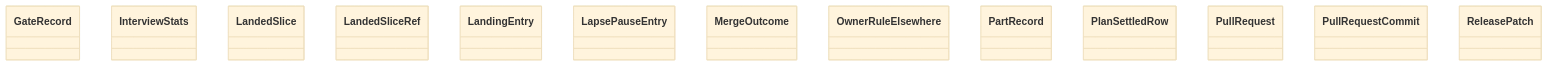
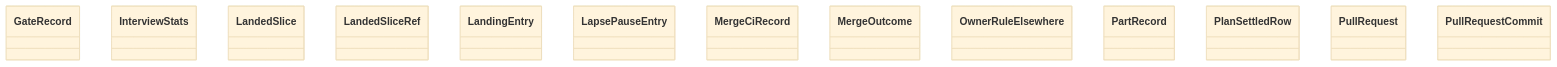
Before and after one commit to GonzaloZevallos/agentic-system: the diagram in docs/architecture/generated/classes-process-domain-state-4.md, drawn with Mermaid (base theme). The commit also changed 6 other files, not shown here.

````diff
--- a/docs/architecture/generated/classes-process-domain-state-4.md
+++ b/docs/architecture/generated/classes-process-domain-state-4.md
@@ -21,16 +21,16 @@
 ```mermaid
 classDiagram
     class task__GateRecord["GateRecord"]
     class task__InterviewStats["InterviewStats"]
     class task__LandedSlice["LandedSlice"]
     class task__LandedSliceRef["LandedSliceRef"]
     class task__LandingEntry["LandingEntry"]
     class task__LapsePauseEntry["LapsePauseEntry"]
+    class task__MergeCiRecord["MergeCiRecord"]
     class task__MergeOutcome["MergeOutcome"]
     class task__OwnerRuleElsewhere["OwnerRuleElsewhere"]
     class task__PartRecord["PartRecord"]
     class task__PlanSettledRow["PlanSettledRow"]
     class task__PullRequest["PullRequest"]
     class task__PullRequestCommit["PullRequestCommit"]
-    class task__ReleasePatch["ReleasePatch"]
 ```
````
